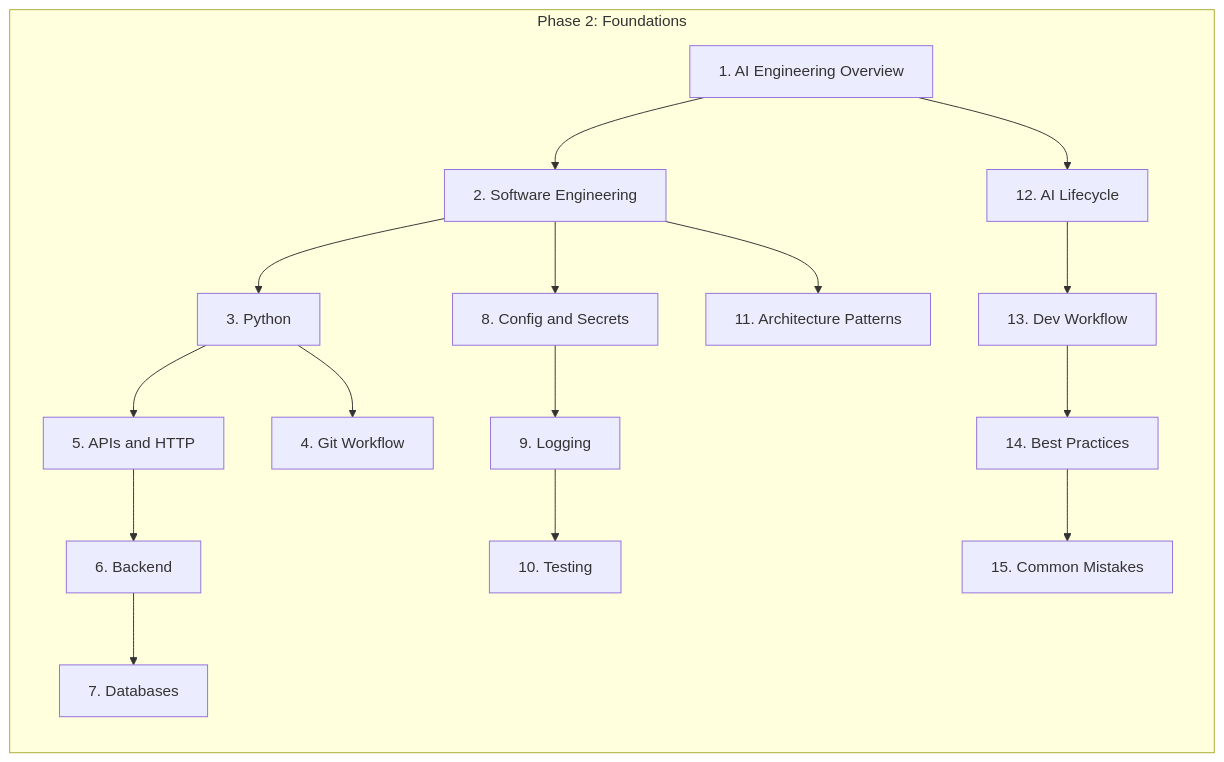
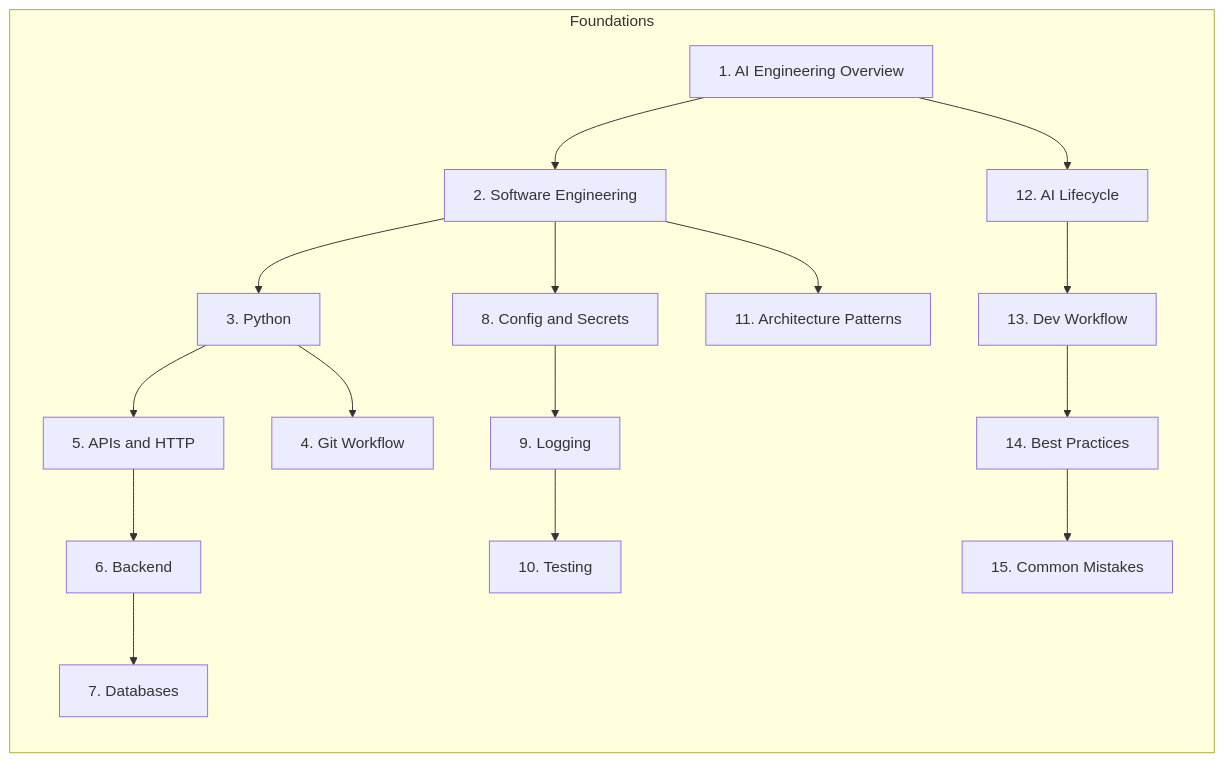
One commit to abdulsamad183/ai-engineering-playbook changed the diagram in domains/foundations/README.md. Above: the diagram before and after it, drawn with Mermaid. The commit also changed other lines of this file and 301 other files, not shown here.

````diff
--- a/domains/foundations/README.md
+++ b/domains/foundations/README.md
@@ -13,28 +13,28 @@
 ```mermaid
 flowchart LR
-  subgraph "Phase 2: Foundations"
+  subgraph "Foundations"
     O[1. AI Engineering Overview]
     SE[2. Software Engineering]
     PY[3. Python]
     GIT[4. Git Workflow]
     API[5. APIs and HTTP]
     BE[6. Backend]
     DB[7. Databases]
     CFG[8. Config and Secrets]
     LOG[9. Logging]
     TEST[10. Testing]
     ARCH[11. Architecture Patterns]
     LC[12. AI Lifecycle]
     WF[13. Dev Workflow]
     BP[14. Best Practices]
     CM[15. Common Mistakes]
   end
 
   O --> SE --> PY --> API --> BE
   PY --> GIT
   BE --> DB
   SE --> CFG --> LOG --> TEST
   SE --> ARCH
   O --> LC --> WF --> BP
   BP --> CM
 ```
````
